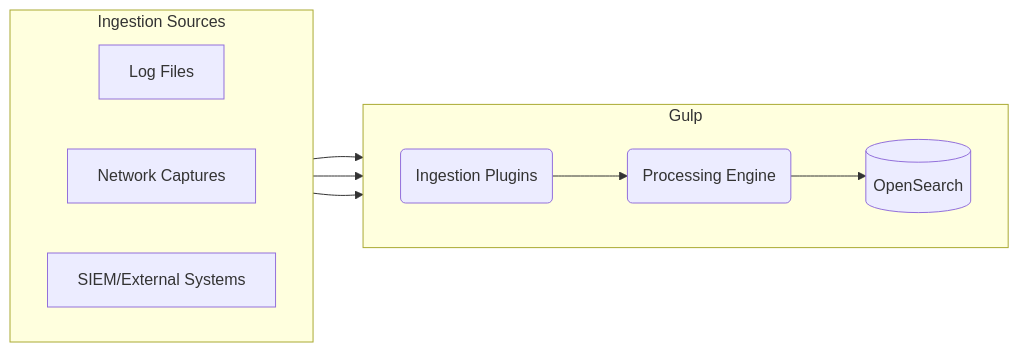
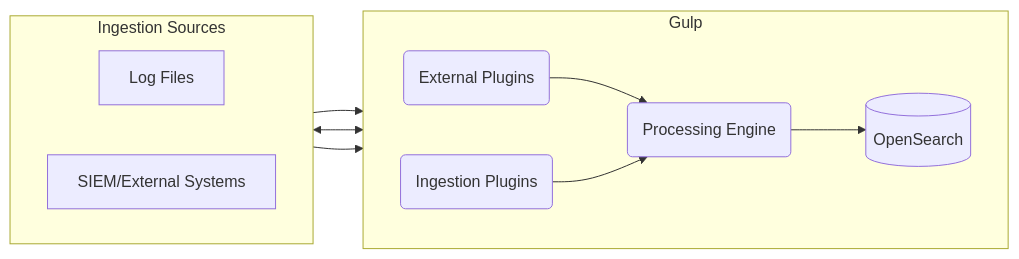
The first of 2 diagrams in DATASHEET.md (mentat-is/gulp), drawn with Mermaid before and after one commit. The commit also changed other lines of this file, not shown here.

Commit message:
docs: fixed datasheet

````diff
--- a/DATASHEET.md
+++ b/DATASHEET.md
@@ -23,22 +23,22 @@
 ```mermaid
 flowchart LR
     subgraph Ingestion Sources
         direction LR
         A[Log Files]
-        B[Network Captures]
         C[SIEM/External Systems]
     end
 
     subgraph Gulp
         direction LR
         D(Ingestion Plugins)
+        X(External Plugins)
         E(Processing Engine)
         F[(OpenSearch)]
     end
 
     A --> D
-    B --> D
-    C --> D
+    C <--> X --> E
+    C --> E
     D --> E
     E --> F
 ```
````
